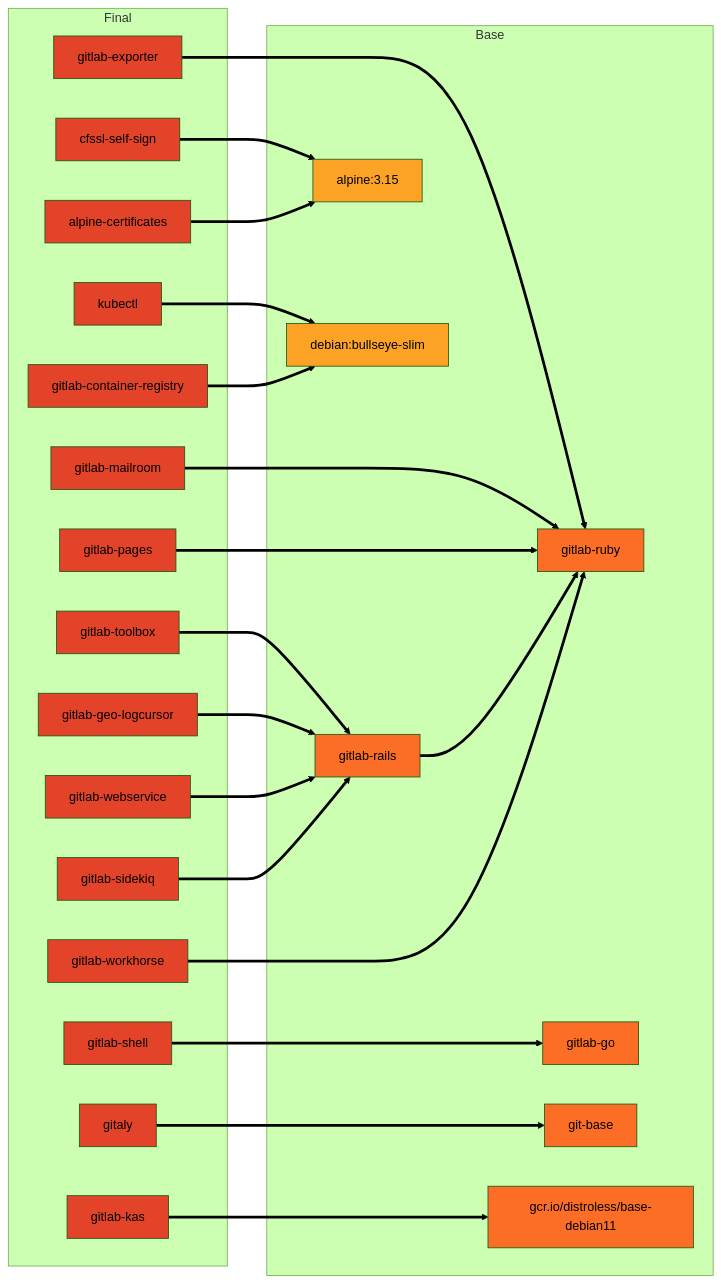
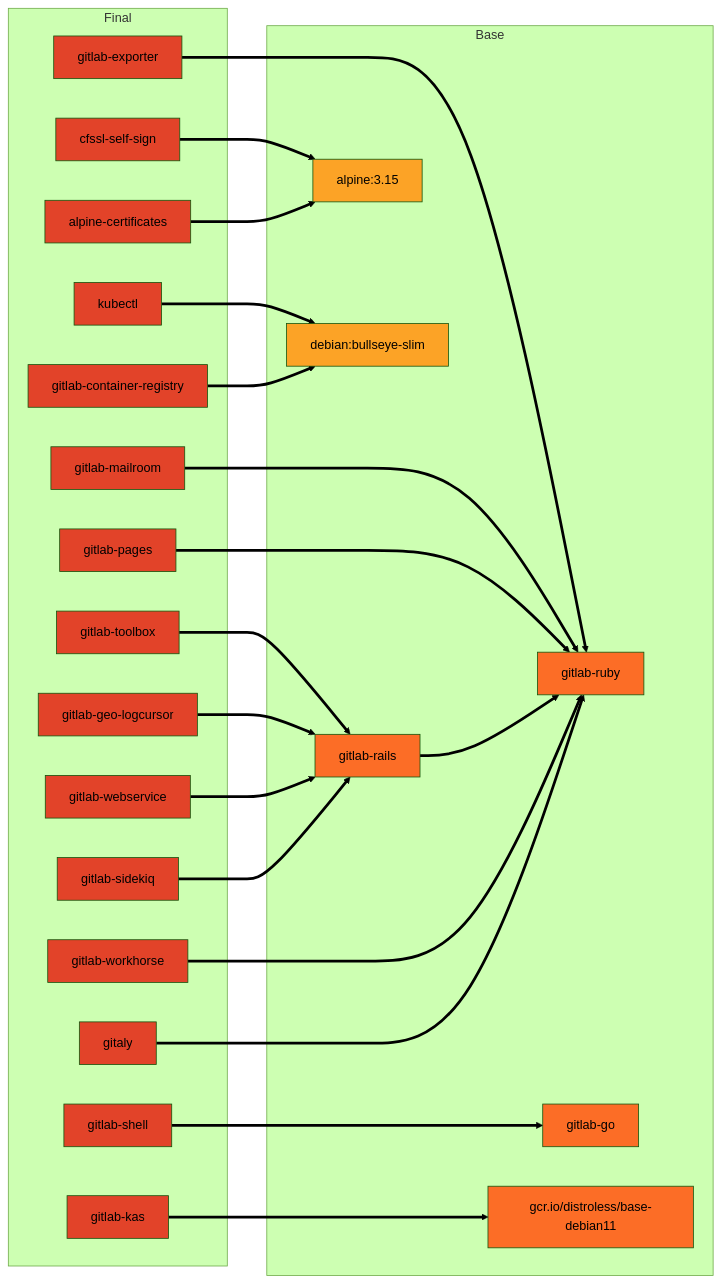
The first of 2 diagrams in docs/build.md (tachyons/gitlab-pages), drawn with Mermaid (forest theme) before and after one commit. The commit also changed other lines of this file and 8 other files, not shown here.

Commit message:
Merge Gitaly and git-base images

````diff
--- a/docs/build.md
+++ b/docs/build.md
@@ -186,56 +185,55 @@
 ```mermaid
 graph LR;
   subgraph Final
     gitlab-toolbox:::final
     gitlab-webservice:::final
     gitlab-workhorse:::final
     gitlab-sidekiq:::final
     gitlab-geo-logcursor:::final
     gitlab-exporter:::final
     gitlab-mailroom:::final
     gitlab-shell:::final
     gitlab-pages:::final
     gitaly:::final
     gitlab-kas:::final
     kubectl:::final
     gitlab-container-registry:::final
     alpine-certificates:::final
     cfssl-self-sign:::final
   end
 
   subgraph Base
     gitlab-ruby
     gitlab-rails
     gitlab-go
-    git-base
     alpine[alpine:3.15]:::external;
     debian[debian:bullseye-slim]:::external;
     gcr.io/distroless/base-debian11
   end
 
   kubectl==>debian;
   cfssl-self-sign==>alpine;
   alpine-certificates==>alpine;
 
   gitlab-toolbox==>gitlab-rails;
   gitlab-geo-logcursor==>gitlab-rails;
   gitlab-webservice==>gitlab-rails;
   gitlab-sidekiq==>gitlab-rails;
 
   gitlab-exporter==>gitlab-ruby;
   gitlab-mailroom===>gitlab-ruby;
   gitlab-pages===>gitlab-ruby
   gitlab-rails==>gitlab-ruby;
   gitlab-workhorse===>gitlab-ruby
+  gitaly===>gitlab-ruby;
 
   gitlab-shell===>gitlab-go;
 
-  gitaly===>git-base;
   gitlab-container-registry==>debian
 
   gitlab-kas===>gcr.io/distroless/base-debian11;
 
   classDef default fill:#fc6d26;
   classDef external fill:#fca326;
   classDef final fill:#e24329;
 ```
````
